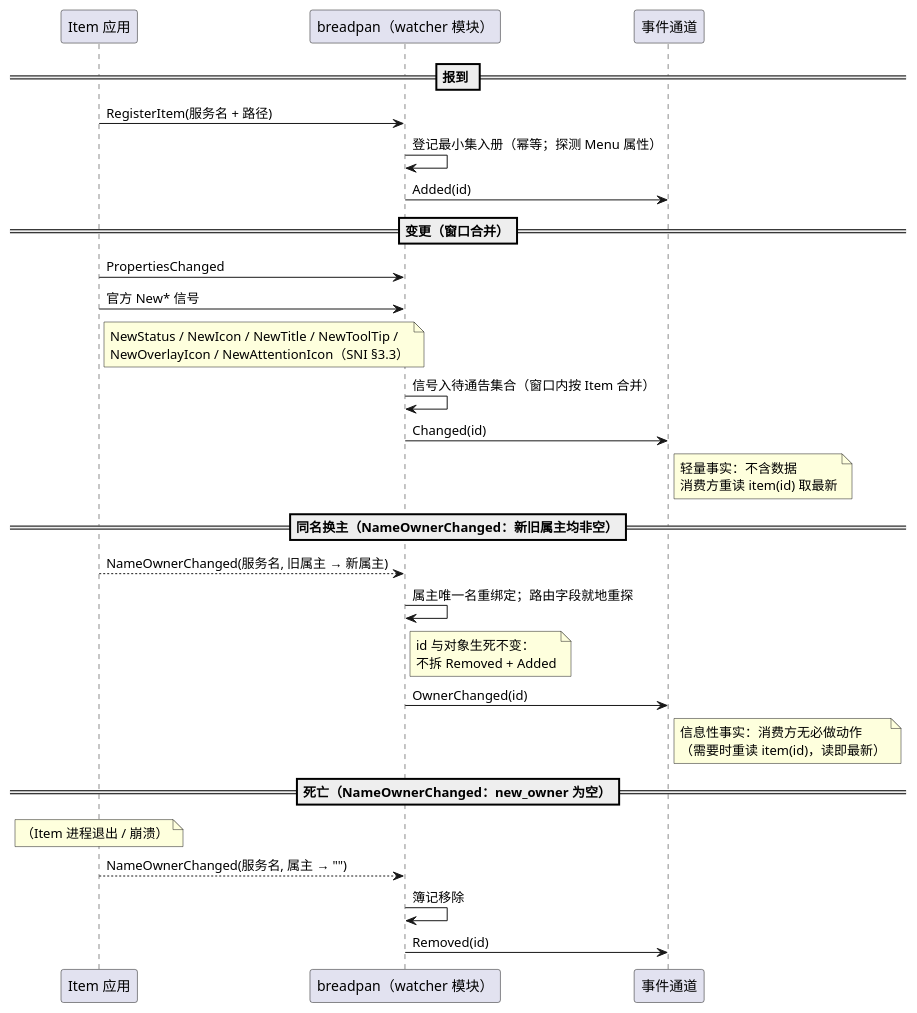
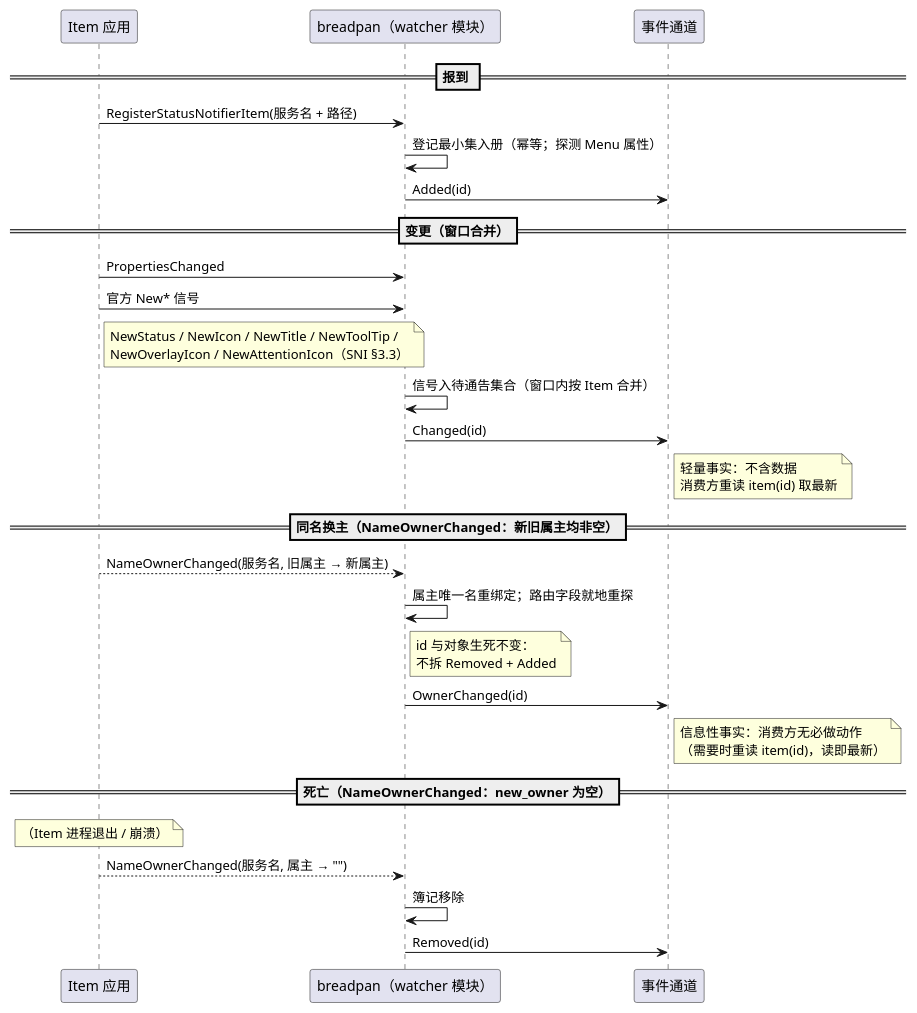
Before and after one commit to 54m43lJ/BreadKnife: the diagram in breadpan/diagram/breadpan-item-lifecycle.puml, drawn with PlantUML. The commit also changed 15 other files, not shown here.

```diff
--- a/breadpan/diagram/breadpan-item-lifecycle.puml
+++ b/breadpan/diagram/breadpan-item-lifecycle.puml
@@ -1,43 +1,43 @@
 @startuml breadpan-item-lifecycle
 participant "Item 应用" as item
 participant "breadpan（watcher 模块）" as bp
 participant "事件通道" as ch
 
 == 报到 ==
-item -> bp: RegisterItem(服务名 + 路径)
+item -> bp: RegisterStatusNotifierItem(服务名 + 路径)
 bp -> bp: 登记最小集入册（幂等；探测 Menu 属性）
 bp -> ch: Added(id)
 
 == 变更（窗口合并）==
 item -> bp: PropertiesChanged
 item -> bp: 官方 New* 信号
 note right of item
   NewStatus / NewIcon / NewTitle / NewToolTip /
   NewOverlayIcon / NewAttentionIcon（SNI §3.3）
 end note
 bp -> bp: 信号入待通告集合（窗口内按 Item 合并）
 bp -> ch: Changed(id)
 note right of ch
   轻量事实：不含数据
   消费方重读 item(id) 取最新
 end note
 
 == 同名换主（NameOwnerChanged：新旧属主均非空）==
 item --> bp: NameOwnerChanged(服务名, 旧属主 → 新属主)
 bp -> bp: 属主唯一名重绑定；路由字段就地重探
 note right of bp
   id 与对象生死不变：
   不拆 Removed + Added
 end note
 bp -> ch: OwnerChanged(id)
 note right of ch
   信息性事实：消费方无必做动作
   （需要时重读 item(id)，读即最新）
 end note
 
 == 死亡（NameOwnerChanged：new_owner 为空）==
 note over item: （Item 进程退出 / 崩溃）
 item --> bp: NameOwnerChanged(服务名, 属主 → "")
 bp -> bp: 簿记移除
 bp -> ch: Removed(id)
 @enduml
```
